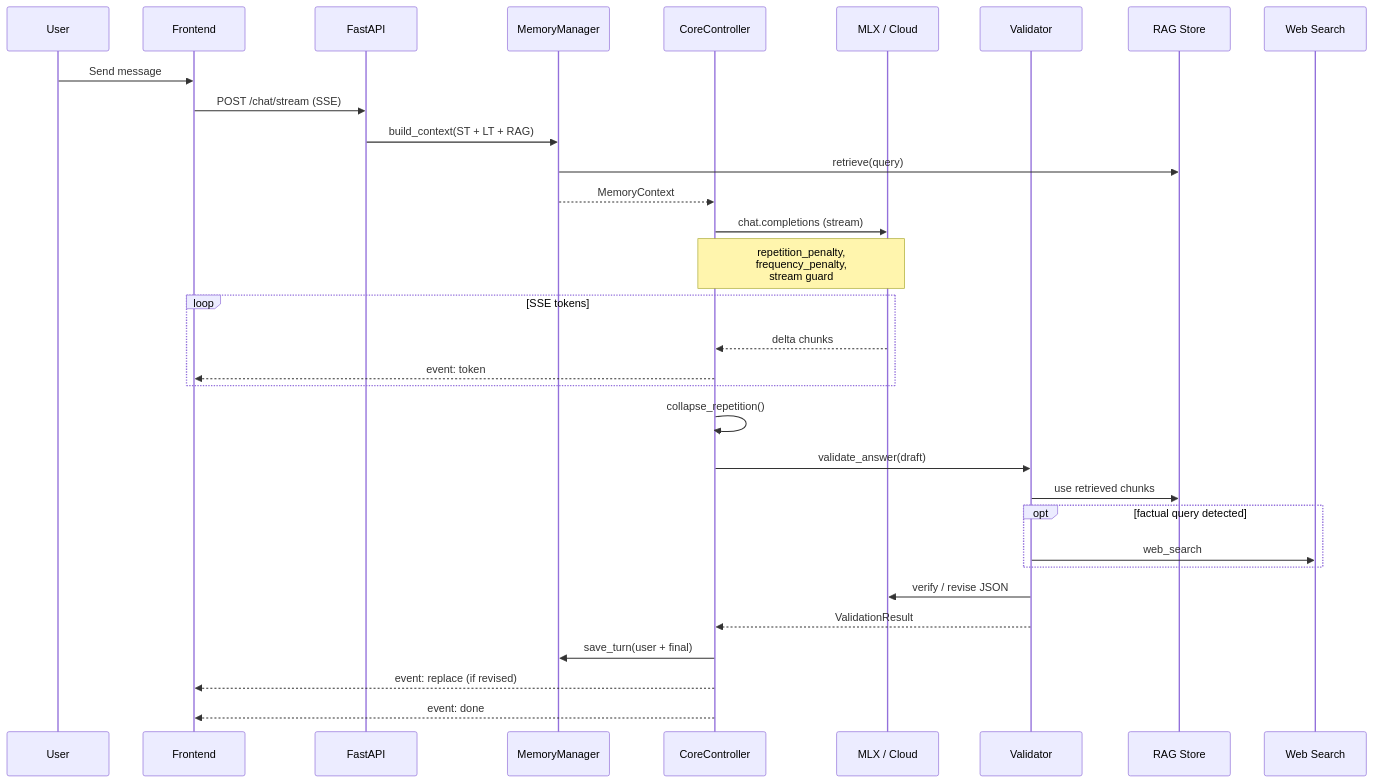
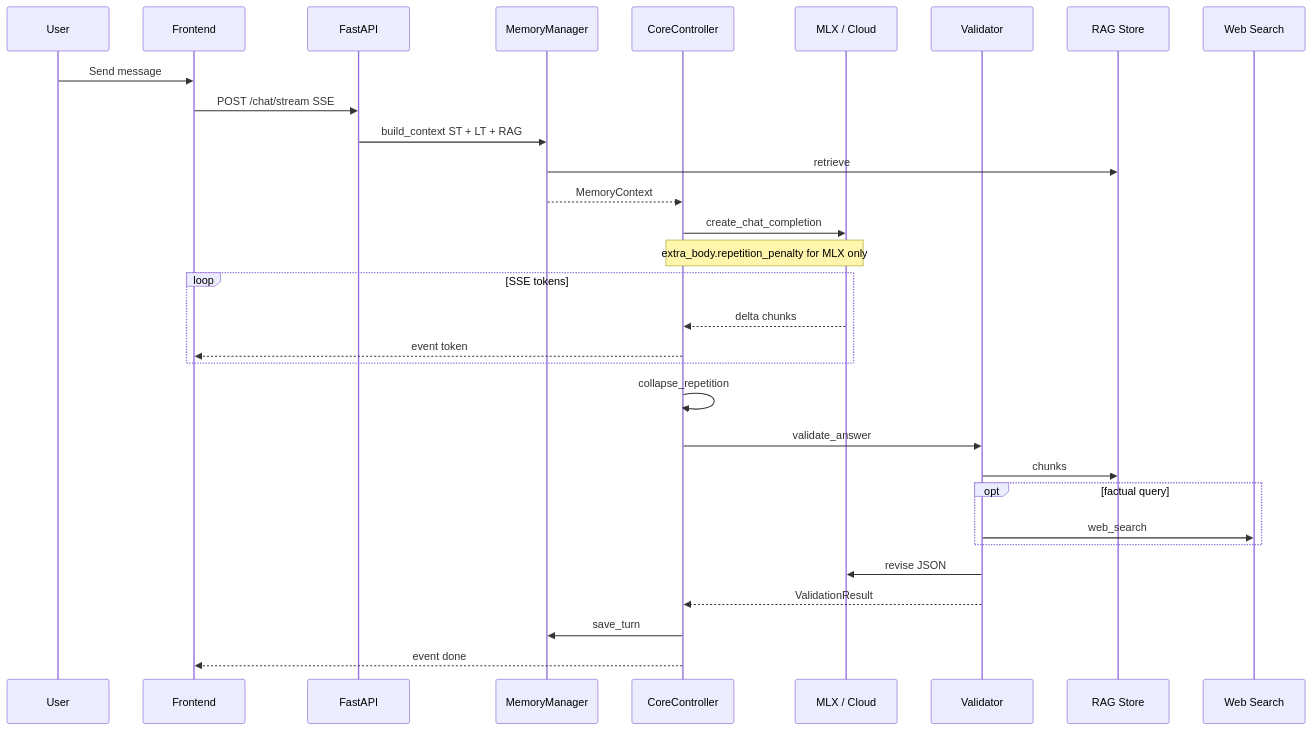
The sixth of 9 diagrams in docs/ARCHITECTURE.md (zxspring21/localAIAgent), drawn with Mermaid before and after one commit. The commit also changed other lines of this file and 15 other files, not shown here.

````diff
--- a/docs/ARCHITECTURE.md
+++ b/docs/ARCHITECTURE.md
@@ -90,39 +201,34 @@
 ```mermaid
 sequenceDiagram
     participant U as User
     participant FE as Frontend
     participant API as FastAPI
     participant MM as MemoryManager
     participant BR as CoreController
     participant LLM as MLX / Cloud
     participant VAL as Validator
     participant RAG as RAG Store
     participant WS as Web Search
 
     U->>FE: Send message
-    FE->>API: POST /chat/stream (SSE)
-    API->>MM: build_context(ST + LT + RAG)
-    MM->>RAG: retrieve(query)
+    FE->>API: POST /chat/stream SSE
+    API->>MM: build_context ST + LT + RAG
+    MM->>RAG: retrieve
     MM-->>BR: MemoryContext
-
-    BR->>LLM: chat.completions (stream)
-    Note over BR,LLM: repetition_penalty,<br/>frequency_penalty,<br/>stream guard
-
+    BR->>LLM: create_chat_completion
+    Note over BR,LLM: extra_body.repetition_penalty for MLX only
     loop SSE tokens
         LLM-->>BR: delta chunks
-        BR-->>FE: event: token
+        BR-->>FE: event token
     end
-
-    BR->>BR: collapse_repetition()
-    BR->>VAL: validate_answer(draft)
-    VAL->>RAG: use retrieved chunks
-    opt factual query detected
+    BR->>BR: collapse_repetition
+    BR->>VAL: validate_answer
+    VAL->>RAG: chunks
+    opt factual query
         VAL->>WS: web_search
     end
-    VAL->>LLM: verify / revise JSON
+    VAL->>LLM: revise JSON
     VAL-->>BR: ValidationResult
-
-    BR->>MM: save_turn(user + final)
-    BR-->>FE: event: replace (if revised)
-    BR-->>FE: event: done
+    BR->>MM: save_turn
+    BR-->>FE: event done
 ```
````
